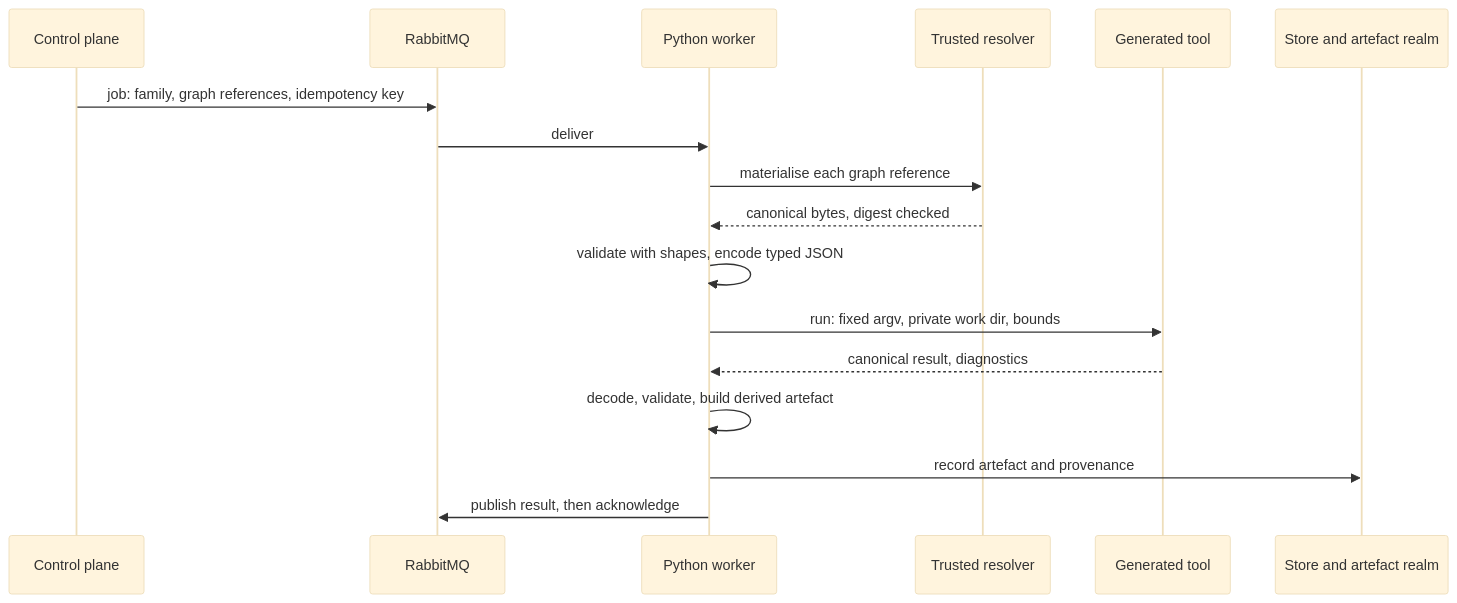
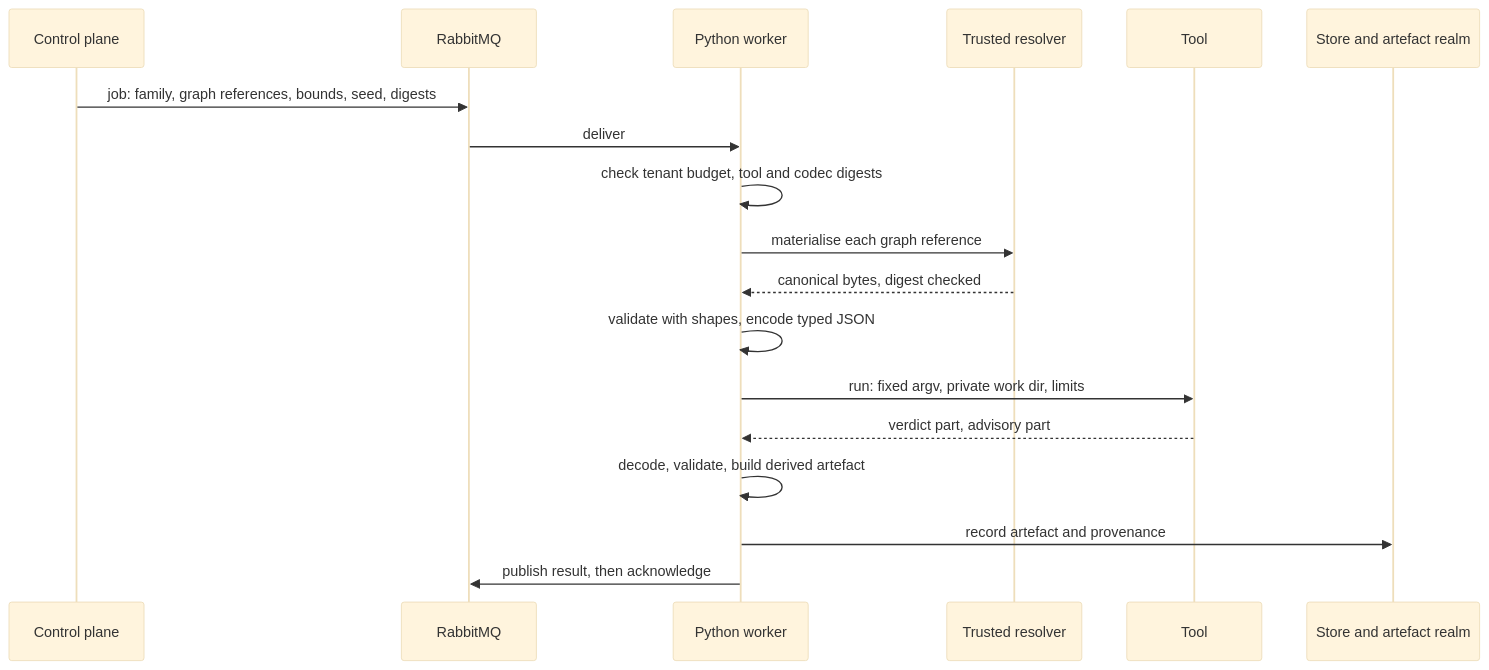
One commit to nebularis/lattice changed the diagram in docs/developer/sketches/formal-toolchain-workers.md. Above: the diagram before and after it, drawn with Mermaid (base theme). The commit also changed other lines of this file and 10 other files, not shown here.

````diff
--- a/docs/developer/sketches/formal-toolchain-workers.md
+++ b/docs/developer/sketches/formal-toolchain-workers.md
@@ -38,19 +43,20 @@
 ```mermaid
 sequenceDiagram
     participant CP as Control plane
     participant Q as RabbitMQ
     participant W as Python worker
     participant R as Trusted resolver
-    participant T as Generated tool
+    participant T as Tool
     participant S as Store and artefact realm
-    CP->>Q: job: family, graph references, idempotency key
+    CP->>Q: job: family, graph references, bounds, seed, digests
     Q->>W: deliver
+    W->>W: check tenant budget, tool and codec digests
     W->>R: materialise each graph reference
     R-->>W: canonical bytes, digest checked
     W->>W: validate with shapes, encode typed JSON
-    W->>T: run: fixed argv, private work dir, bounds
-    T-->>W: canonical result, diagnostics
+    W->>T: run: fixed argv, private work dir, limits
+    T-->>W: verdict part, advisory part
     W->>W: decode, validate, build derived artefact
     W->>S: record artefact and provenance
     W->>Q: publish result, then acknowledge
 ```
````
